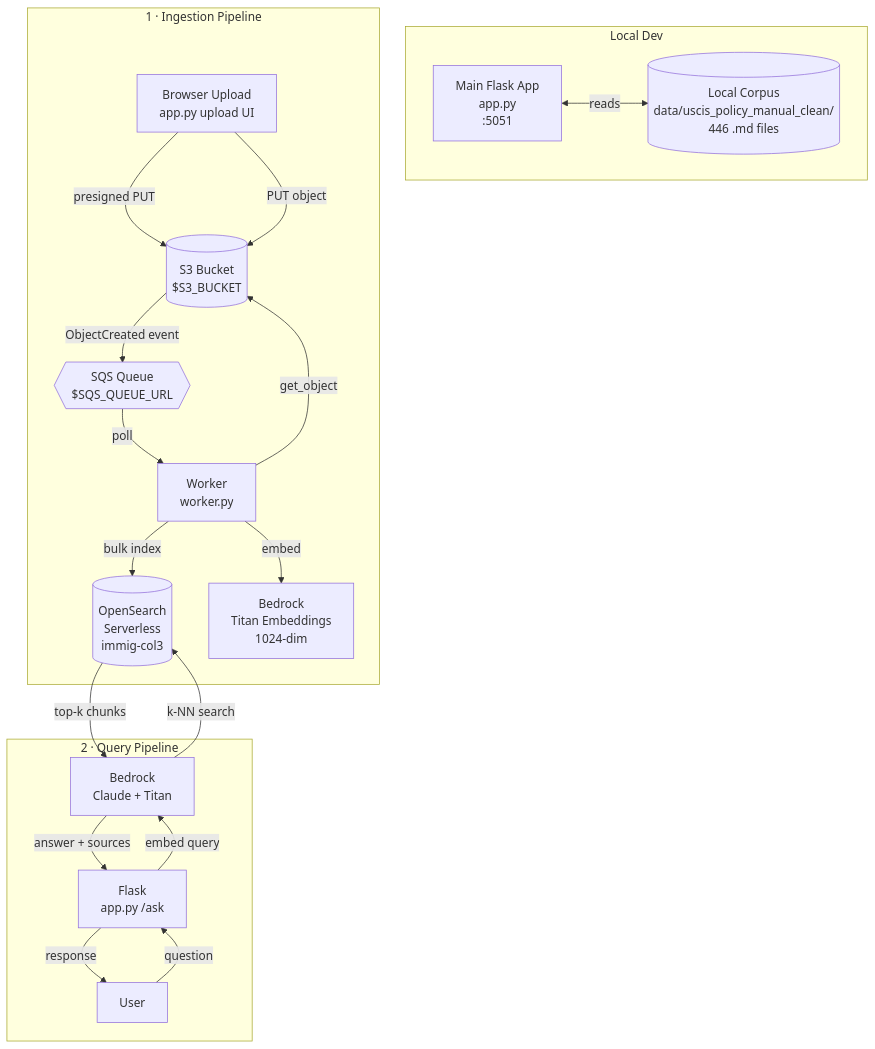
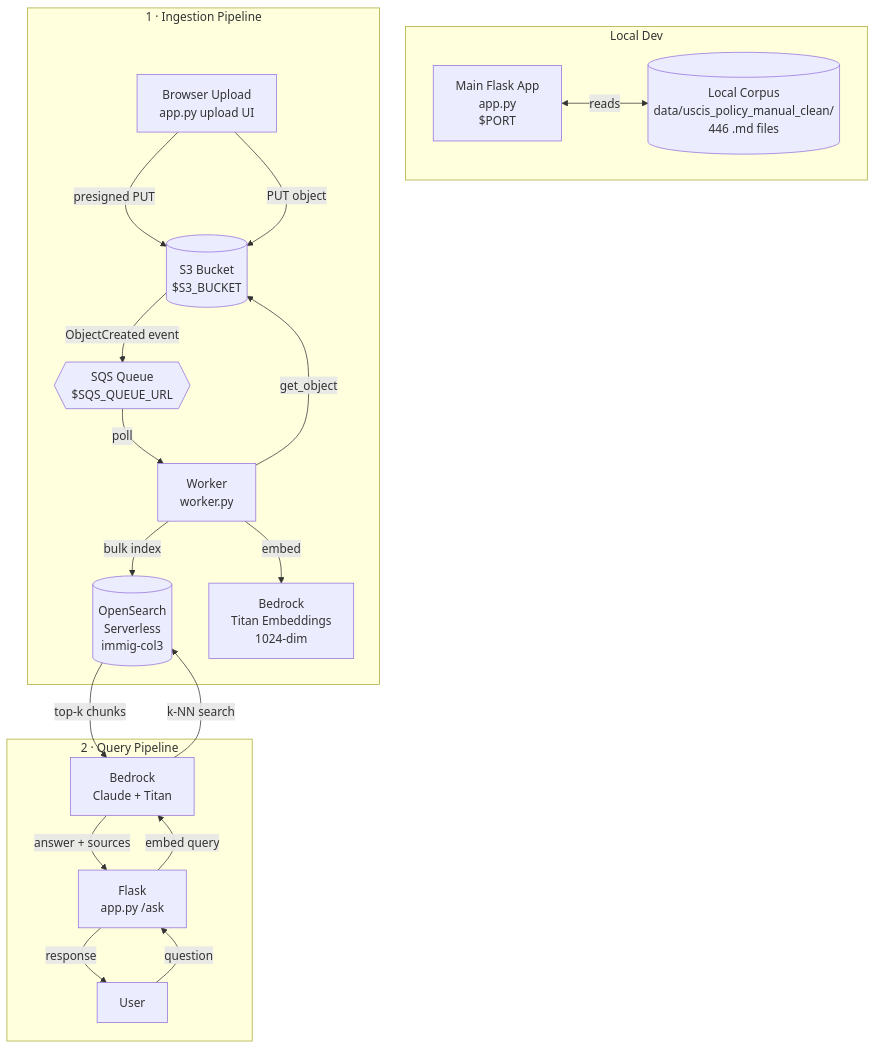
One commit to segalmax/immigration-rag changed the diagram in docs/CODEBASE_MAP.md. Above: the diagram before and after it, drawn with Mermaid. The commit also changed other lines of this file and 4 other files, not shown here.

First line of the commit message:
docs: align CODEBASE_MAP, sequence diagrams, instructor handout with app

````diff
--- a/docs/CODEBASE_MAP.md
+++ b/docs/CODEBASE_MAP.md
@@ -23,37 +23,37 @@
 ```mermaid
 flowchart TD
     subgraph Dev["Local Dev"]
-        KBDash["Main Flask App\napp.py\n:5051"]
+        KBDash["Main Flask App\napp.py\n$PORT"]
         LocalCorpus[("Local Corpus\ndata/uscis_policy_manual_clean/\n446 .md files")]
         KBDash <-->|reads| LocalCorpus
     end
 
     subgraph Ingestion["1 · Ingestion Pipeline"]
         Browser["Browser Upload\napp.py upload UI"]
         S3[("S3 Bucket\n$S3_BUCKET")]
         SQS{{"SQS Queue\n$SQS_QUEUE_URL"}}
         Worker["Worker\nworker.py"]
         OS[("OpenSearch\nServerless\nimmig-col3")]
         Bedrock1["Bedrock\nTitan Embeddings\n1024-dim"]
 
         Browser -->|presigned PUT| S3
         Browser -->|PUT object| S3
         S3 -->|ObjectCreated event| SQS
         SQS -->|poll| Worker
         Worker -->|get_object| S3
         Worker -->|embed| Bedrock1
         Worker -->|bulk index| OS
     end
 
     subgraph Query["2 · Query Pipeline"]
         User["User"]
         API["Flask\napp.py /ask"]
         Bedrock2["Bedrock\nClaude + Titan"]
         API -->|embed query| Bedrock2
         Bedrock2 -->|k-NN search| OS
         OS -->|top-k chunks| Bedrock2
         Bedrock2 -->|answer + sources| API
         User -->|question| API
         API -->|response| User
     end
 ```
````
